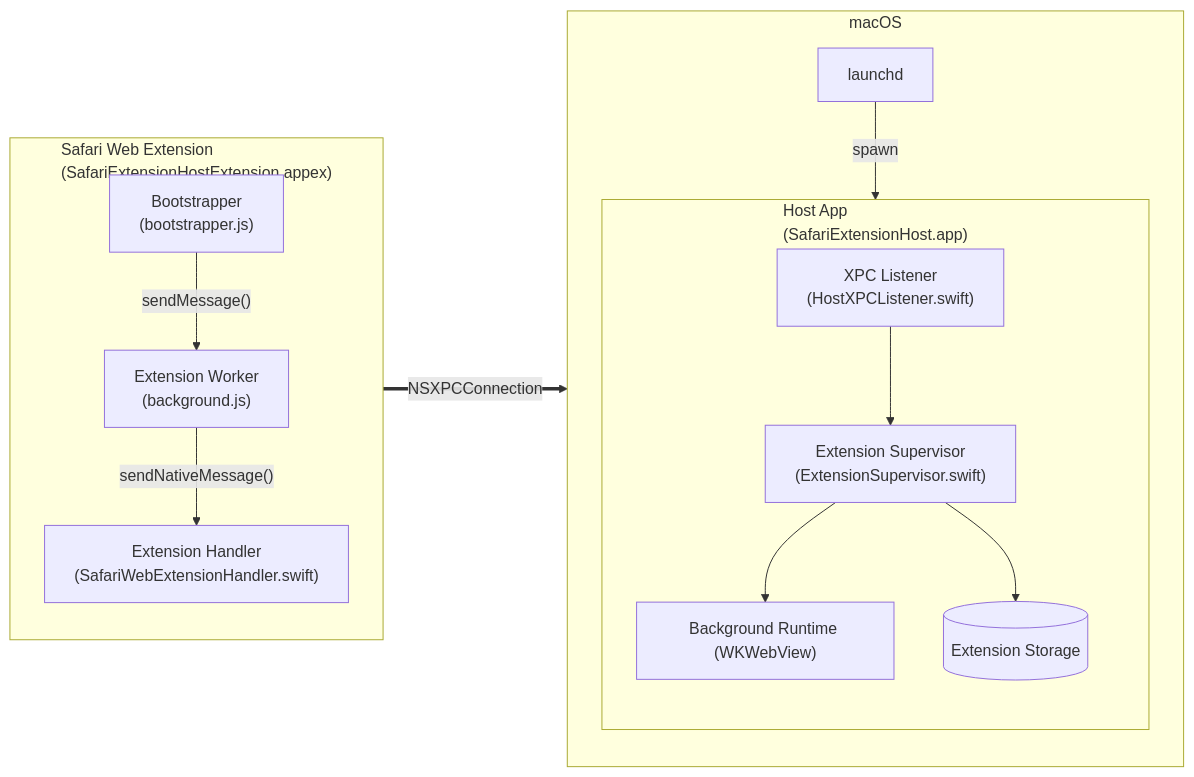
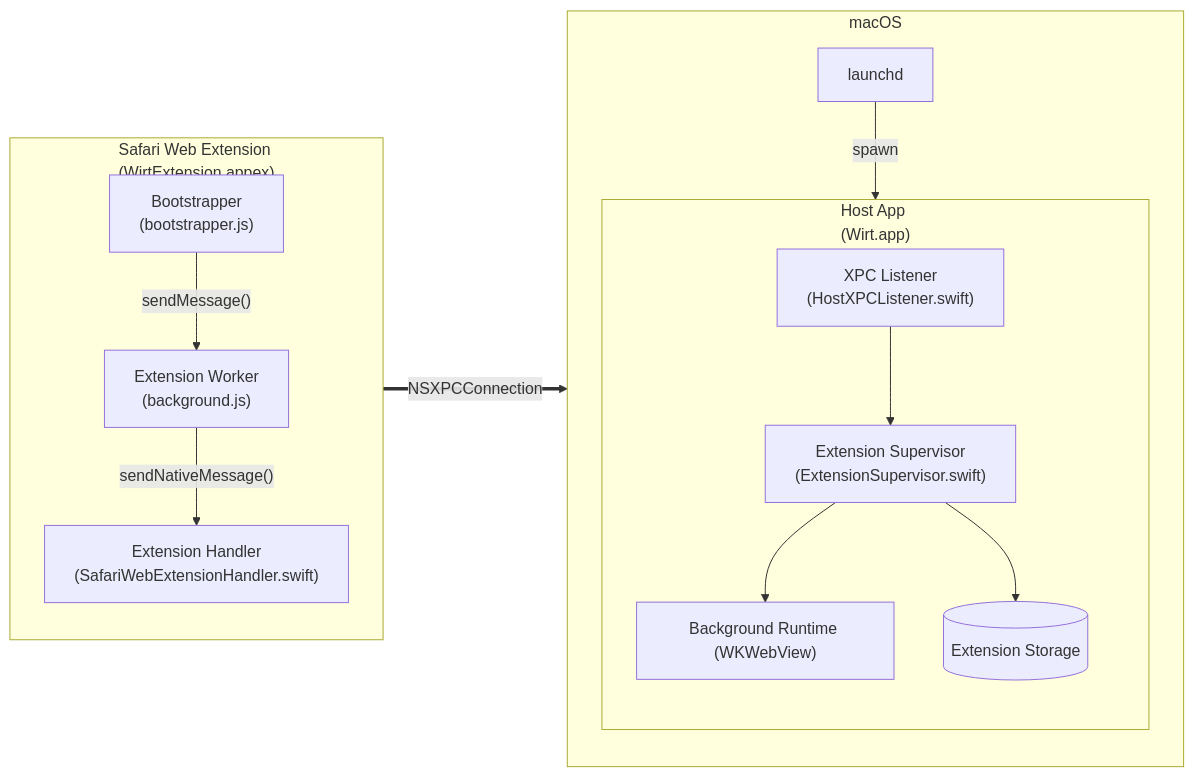
The first of 7 diagrams in docs/architecture.md (easonwong-de/Wirt), drawn with Mermaid before and after one commit. The commit also changed other lines of this file and 48 other files, not shown here.

````diff
--- a/docs/architecture.md
+++ b/docs/architecture.md
@@ -9,29 +9,29 @@
 ```mermaid
 flowchart LR
-    subgraph Safari["Safari Web Extension<br/>(SafariExtensionHostExtension.appex)"]
+    subgraph Safari["Safari Web Extension<br/>(WirtExtension.appex)"]
         direction TB
         Boot["Bootstrapper<br/>(bootstrapper.js)"]
         Worker["Extension Worker<br/>(background.js)"]
         Handler["Extension Handler<br/>(SafariWebExtensionHandler.swift)"]
         Boot -->|"sendMessage()"| Worker
         Worker -->|"sendNativeMessage()"| Handler
     end
 
     subgraph MacOS["macOS"]
         direction TB
         Launchd["launchd"]
-        subgraph Host["Host App<br/>(SafariExtensionHost.app)"]
+        subgraph Host["Host App<br/>(Wirt.app)"]
             direction TB
             Listener["XPC Listener<br/>(HostXPCListener.swift)"]
             Supervisor["Extension Supervisor<br/>(ExtensionSupervisor.swift)"]
             Runtime["Background Runtime (WKWebView)"]
             Storage[("Extension Storage")]
             Listener --> Supervisor
             Supervisor --> Runtime
             Supervisor --> Storage
         end
         Launchd -->|"spawn"| Host
     end
 
     Safari ==>|"NSXPCConnection"| MacOS
 ```
````
